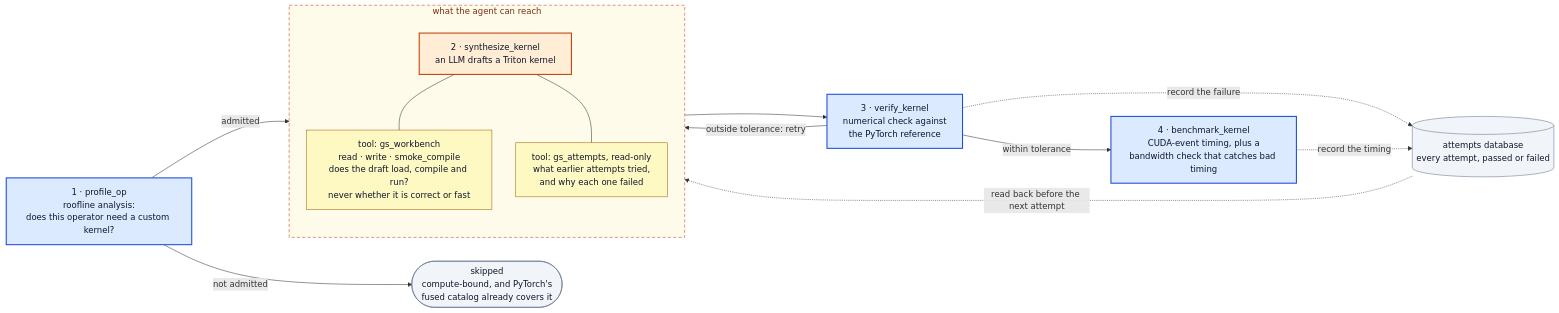
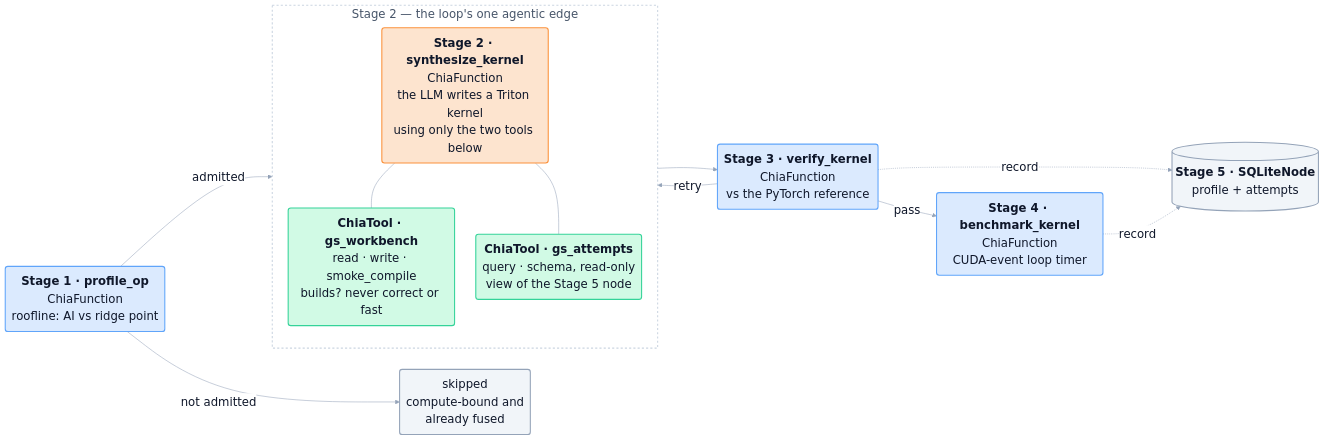
Before and after one commit to JoshiP-commits/CHIA_HACKATHON: the diagram in README.md, drawn with Mermaid. The commit also changed other lines of this file and 1 other file, not shown here.

Commit message:
Diagram: tighten vertical layout

````diff
--- a/README.md
+++ b/README.md
@@ -10,38 +10,39 @@
 ```mermaid
-%%{init: {"flowchart": {"wrappingWidth": 290, "nodeSpacing": 45, "rankSpacing": 80}}}%%
+%%{init: {"theme":"base","themeVariables":{"fontSize":"22px","fontFamily":"ui-sans-serif, system-ui, sans-serif","lineColor":"#94a3b8","edgeLabelBackground":"#ffffff","primaryTextColor":"#0f172a"},"flowchart":{"wrappingWidth":290,"nodeSpacing":40,"rankSpacing":60,"padding":12}}}%%
 flowchart LR
-    A["1 · profile_op<br/>roofline analysis:<br/>does this operator need a custom kernel?"]
-    SK(["skipped<br/>compute-bound, and PyTorch's<br/>fused catalog already covers it"])
+    A("<b>Stage 1 · profile_op</b><br/>ChiaFunction<br/>roofline: AI vs ridge point")
+    SK("skipped<br/>compute-bound and<br/>already fused")
 
-    subgraph AG["what the agent can reach"]
+    subgraph AG["Stage 2 — the loop's one agentic edge"]
         direction TB
-        B["2 · synthesize_kernel<br/>an LLM drafts a Triton kernel"]
-        T1["tool: gs_workbench<br/>read · write · smoke_compile<br/>does the draft load, compile and run?<br/>never whether it is correct or fast"]
-        T2["tool: gs_attempts, read-only<br/>what earlier attempts tried,<br/>and why each one failed"]
+        B("<b>Stage 2 · synthesize_kernel</b><br/>ChiaFunction<br/>the LLM writes a Triton kernel<br/>using only the two tools below")
+        T1("<b>ChiaTool · gs_workbench</b><br/>read · write · smoke_compile<br/>builds? never correct or fast")
+        T2("<b>ChiaTool · gs_attempts</b><br/>query · schema, read-only<br/>view of the Stage 5 node")
         B --- T1
         B --- T2
     end
 
-    C["3 · verify_kernel<br/>numerical check against<br/>the PyTorch reference"]
-    D["4 · benchmark_kernel<br/>CUDA-event timing, plus a<br/>bandwidth check that catches bad timing"]
-    DB[("attempts database<br/>every attempt, passed or failed")]
+    C("<b>Stage 3 · verify_kernel</b><br/>ChiaFunction<br/>vs the PyTorch reference")
+    D("<b>Stage 4 · benchmark_kernel</b><br/>ChiaFunction<br/>CUDA-event loop timer")
+    DB[("<b>Stage 5 · SQLiteNode</b><br/>profile + attempts")]
 
     A -- "admitted" --> B
     A -- "not admitted" --> SK
     B --> C
-    C -- "outside tolerance: retry" --> B
-    C -- "within tolerance" --> D
-    C -. "record the failure" .-> DB
-    D -. "record the timing" .-> DB
-    DB -. "read back before the next attempt" .-> T2
+    C -- "retry" --> B
+    C -- "pass" --> D
+    C -. "record" .-> DB
+    D -. "record" .-> DB
+    %% layout hint only: an invisible link, not an edge in the loop
+    T2 ~~~ D
 
-    classDef prog fill:#dbeafe,stroke:#1d4ed8,stroke-width:2px,color:#0f172a
-    classDef agent fill:#ffedd5,stroke:#c2410c,stroke-width:2px,color:#0f172a
-    classDef tool fill:#fef9c3,stroke:#a16207,stroke-width:1px,color:#0f172a
-    classDef store fill:#f1f5f9,stroke:#64748b,stroke-width:1px,color:#0f172a
+    classDef prog fill:#dbeafe,stroke:#60a5fa,stroke-width:2px,color:#0f172a
+    classDef agent fill:#fde4cf,stroke:#fb923c,stroke-width:2px,color:#0f172a
+    classDef tool fill:#d1fae5,stroke:#34d399,stroke-width:2px,color:#0f172a
+    classDef store fill:#f1f5f9,stroke:#94a3b8,stroke-width:2px,color:#0f172a
     class A,C,D prog
     class B agent
     class T1,T2 tool
     class DB,SK store
-    style AG fill:#fffbeb,stroke:#c2410c,stroke-dasharray:6 4,color:#7c2d12
+    style AG fill:#ffffff,stroke:#cbd5e1,stroke-width:2px,stroke-dasharray:4 4,color:#475569
 ```
````
